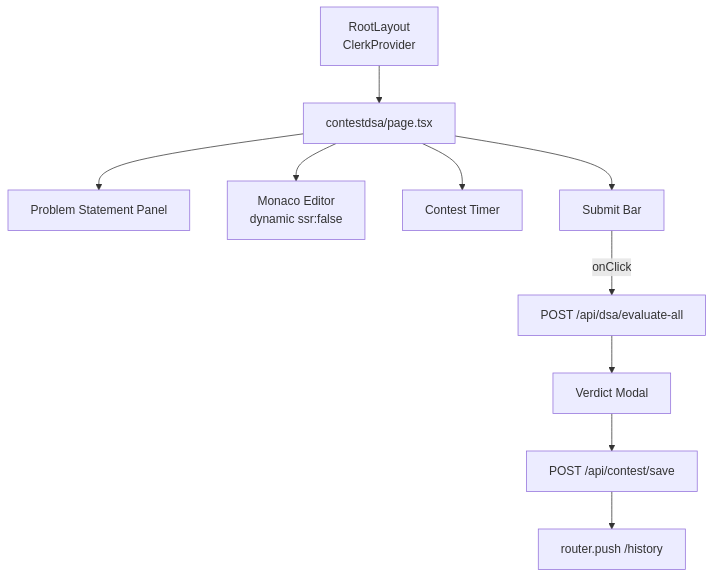
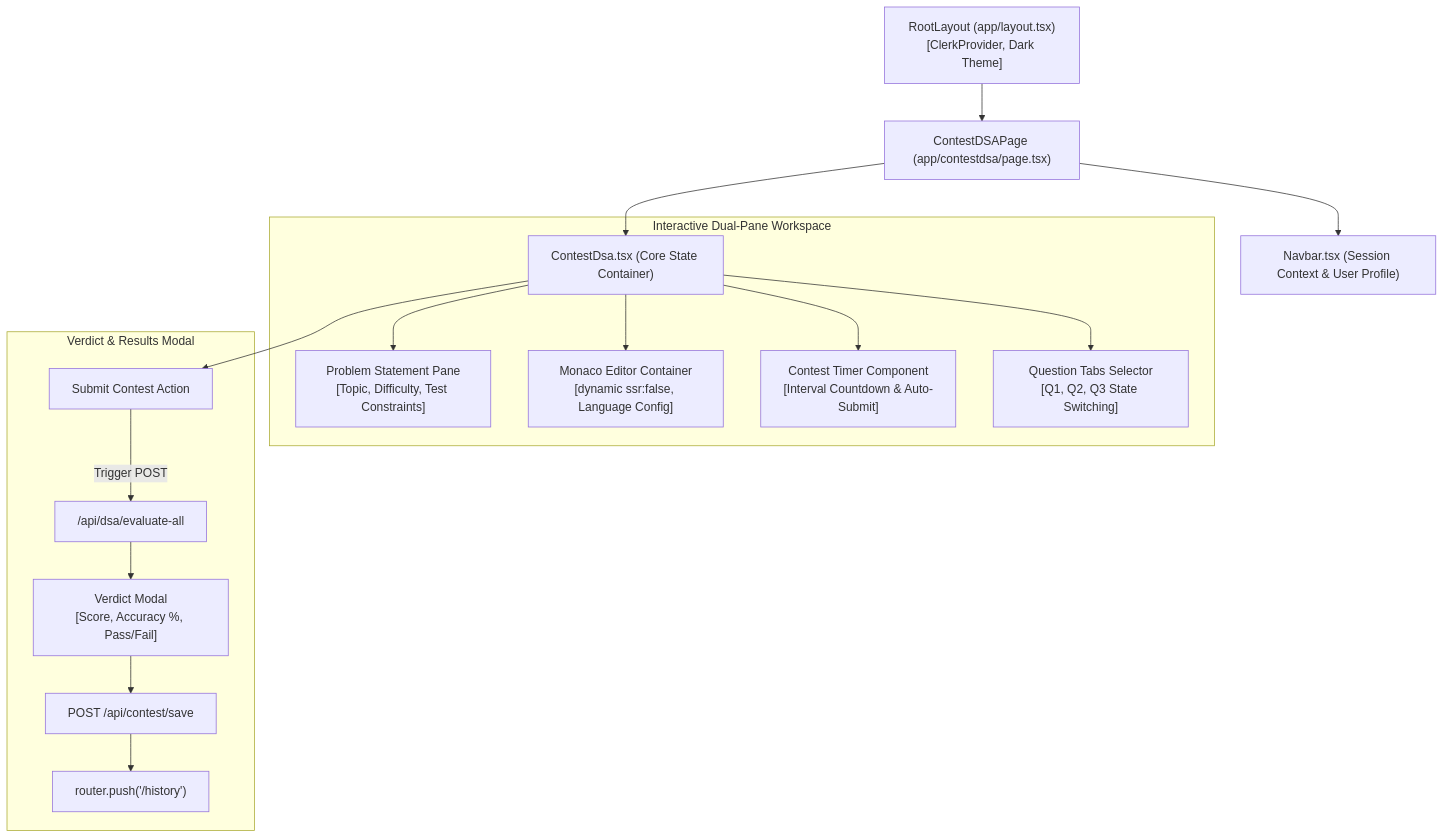
One commit to DevSars24/codeify changed diagram 16 of 21 in README.md. Above: the diagram before and after it, drawn with Mermaid. The commit also changed other lines of this file, not shown here.

````diff
--- a/README.md
+++ b/README.md
@@ -418,12 +701,22 @@
 ```mermaid
 graph TD
-    Layout[RootLayout<br/>ClerkProvider] --> ContestPage[contestdsa/page.tsx]
-    ContestPage --> ProblemPanel[Problem Statement Panel]
-    ContestPage --> EditorPanel["Monaco Editor<br/>dynamic ssr:false"]
-    ContestPage --> Timer[Contest Timer]
-    ContestPage --> SubmitBar[Submit Bar]
-    SubmitBar -->|onClick| EvalCall[POST /api/dsa/evaluate-all]
-    EvalCall --> ResultModal[Verdict Modal]
-    ResultModal --> SaveCall[POST /api/contest/save]
-    SaveCall --> Redirect[router.push /history]
+    RootLayout["RootLayout (app/layout.tsx)\n[ClerkProvider, Dark Theme]"] --> ContestPage["ContestDSAPage (app/contestdsa/page.tsx)"]
+    
+    ContestPage --> Navbar["Navbar.tsx (Session Context & User Profile)"]
+    ContestPage --> ContestContainer["ContestDsa.tsx (Core State Container)"]
+    
+    subgraph Workspace_Layout ["Interactive Dual-Pane Workspace"]
+        ContestContainer --> LeftPane["Problem Statement Pane\n[Topic, Difficulty, Test Constraints]"]
+        ContestContainer --> RightPane["Monaco Editor Container\n[dynamic ssr:false, Language Config]"]
+        ContestContainer --> TimerHeader["Contest Timer Component\n[Interval Countdown & Auto-Submit]"]
+        ContestContainer --> QuestionNav["Question Tabs Selector\n[Q1, Q2, Q3 State Switching]"]
+    end
+    
+    subgraph Submission_Pipeline ["Verdict & Results Modal"]
+        ContestContainer --> SubmitBtn["Submit Contest Action"]
+        SubmitBtn -->|Trigger POST| EvalAPI["/api/dsa/evaluate-all"]
+        EvalAPI --> ResultModal["Verdict Modal\n[Score, Accuracy %, Pass/Fail]"]
+        ResultModal --> SaveAction["POST /api/contest/save"]
+        SaveAction --> RedirectHistory["router.push('/history')"]
+    end
 ```
````
